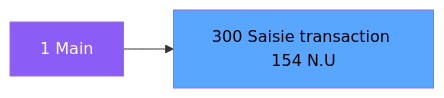
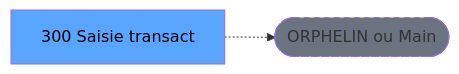
The second of 3 diagrams in .openspec/specs/ADH-IDE-300.md (thonyAGP/lecteur-magic), drawn with Mermaid before and after one commit. The commit also changed other lines of this file and 701 other files, not shown here.

````diff
--- a/.openspec/specs/ADH-IDE-300.md
+++ b/.openspec/specs/ADH-IDE-300.md
@@ -144,8 +133,8 @@
 ```mermaid
 graph LR
-    M[1 Main]
-    T[300 Saisie transaction 154 N.U]
-    M --> T
-    style M fill:#8b5cf6,color:#fff
+    T[300 Saisie transact]
+    ORPHAN([ORPHELIN ou Main])
+    T -.-> ORPHAN
     style T fill:#58a6ff,color:#000
+    style ORPHAN fill:#6b7280,stroke-dasharray: 5 5
 ```
````
